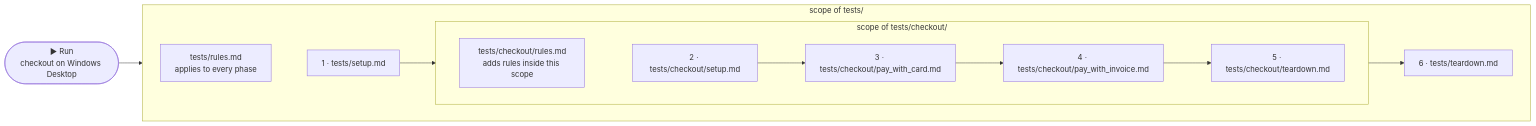
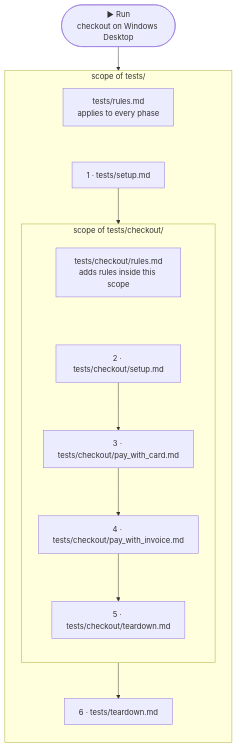
The diagram in content/docs/writing-tests/organisation.mdx (askui/docs-rewrite), drawn with Mermaid before and after one commit.

Commit message:
docs(organisation): scope diagram vertical

````diff
--- a/content/docs/writing-tests/organisation.mdx
+++ b/content/docs/writing-tests/organisation.mdx
@@ -49,20 +49,20 @@
 ```mermaid
-flowchart LR
+flowchart TB
   RUN(["▶ Run
 checkout on Windows Desktop"]) --> A
   subgraph CHAIN["scope of tests/"]
-    direction LR
+    direction TB
     R1["tests/rules.md
 applies to every phase"]
     R1 ~~~ A["1 · tests/setup.md"]
     subgraph CO["scope of tests/checkout/"]
-      direction LR
+      direction TB
       R2["tests/checkout/rules.md
 adds rules inside this scope"]
       R2 ~~~ B["2 · tests/checkout/setup.md"]
       B --> C["3 · tests/checkout/pay_with_card.md"] --> D["4 · tests/checkout/pay_with_invoice.md"] --> E["5 · tests/checkout/teardown.md"]
     end
     A --> B
     E --> F["6 · tests/teardown.md"]
   end
 ```
````
